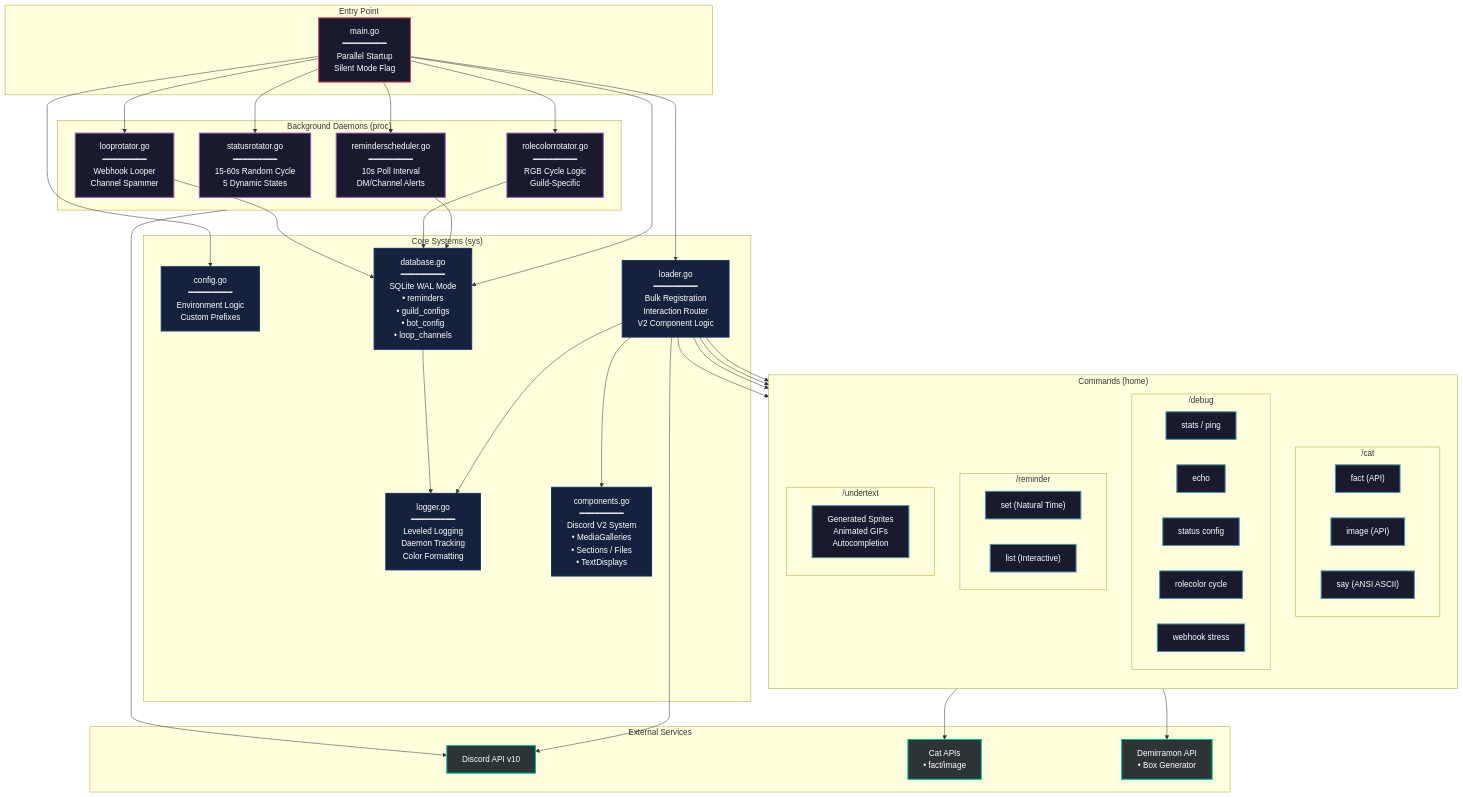
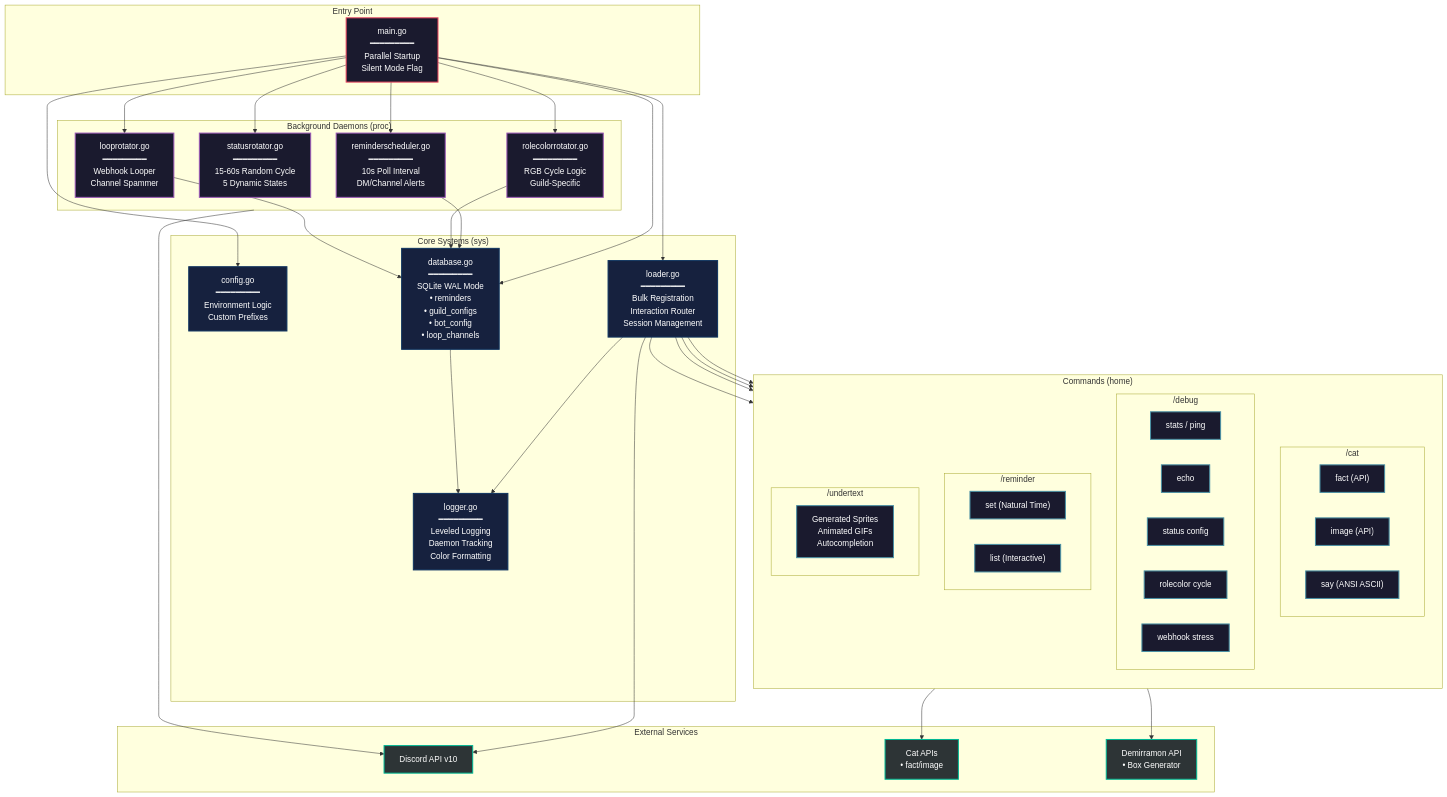
Before and after one commit to leeineian/kokoro: the diagram in README.md, drawn with Mermaid. The commit also changed other lines of this file, not shown here.

Commit message:
docs: remove Components system documentation, update Loader description.

```diff
--- a/README.md
+++ b/README.md
@@ -7,9 +7,8 @@
     subgraph Core["Core Systems (sys)"]
         Config["config.go<br/>━━━━━━━━━<br/>Environment Logic<br/>Custom Prefixes"]
         Database["database.go<br/>━━━━━━━━━<br/>SQLite WAL Mode<br/>• reminders<br/>• guild_configs<br/>• bot_config<br/>• loop_channels"]
-        Loader["loader.go<br/>━━━━━━━━━<br/>Bulk Registration<br/>Interaction Router<br/>V2 Component Logic"]
+        Loader["loader.go<br/>━━━━━━━━━<br/>Bulk Registration<br/>Interaction Router<br/>Session Management"]
         Logger["logger.go<br/>━━━━━━━━━<br/>Leveled Logging<br/>Daemon Tracking<br/>Color Formatting"]
-        Components["components.go<br/>━━━━━━━━━<br/>Discord V2 System<br/>• MediaGalleries<br/>• Sections / Files<br/>• TextDisplays"]
     end
 
     subgraph Commands["Commands (home)"]
@@ -59,7 +58,6 @@
     
     %% Core system connections
     Loader --> Logger
-    Loader --> Components
     Database --> Logger
 
     %% Command registration
@@ -93,7 +91,7 @@
     classDef externalStyle fill:#2d3436,stroke:#00b894,stroke-width:2px,color:#fff
 
     class Main entryStyle
-    class Config,Database,Loader,Logger,Components coreStyle
+    class Config,Database,Loader,Logger coreStyle
     class CatFact,CatImage,CatSay,DebugStats,DebugEcho,DebugStatus,DebugRoleColor,DebugLoop,ReminderSet,ReminderList,UndertextGen cmdStyle
     class ReminderScheduler,StatusRotator,RoleColorRotator,LoopRotator daemonStyle
     class Discord,CatAPI,UndertaleAPI externalStyle
```
